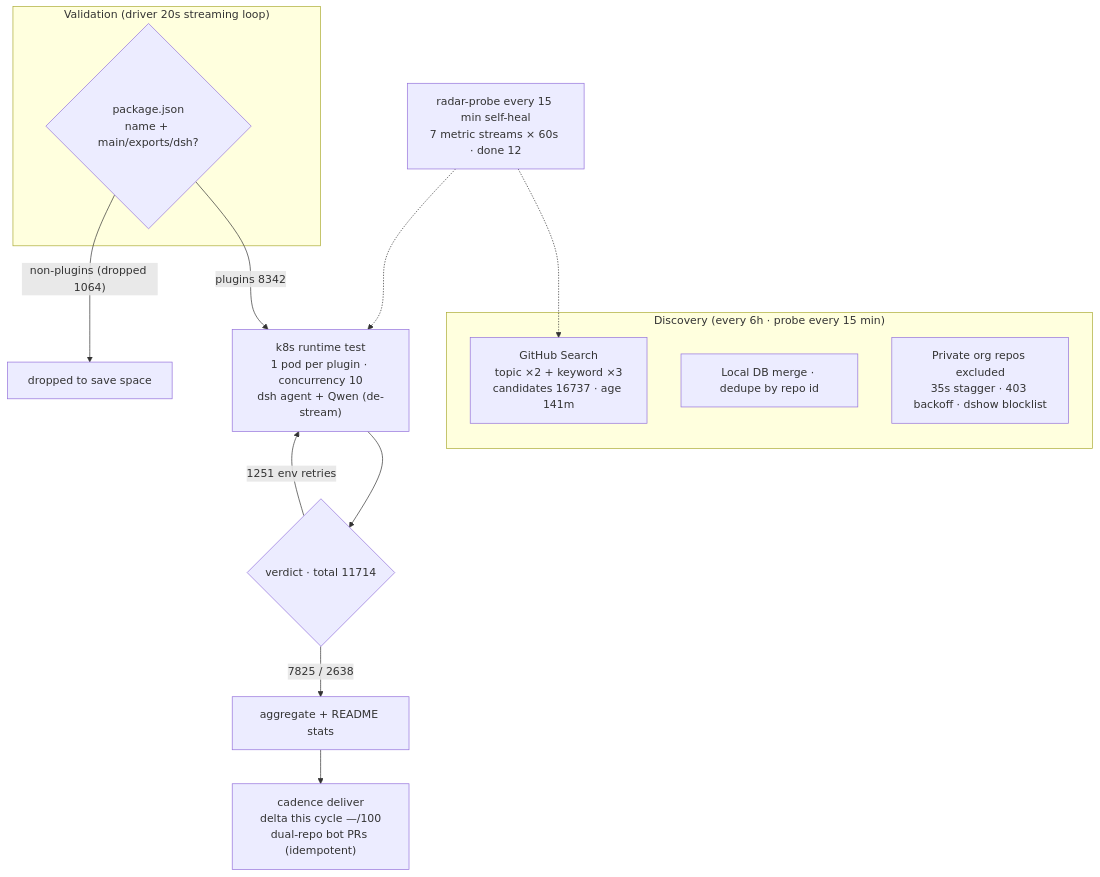
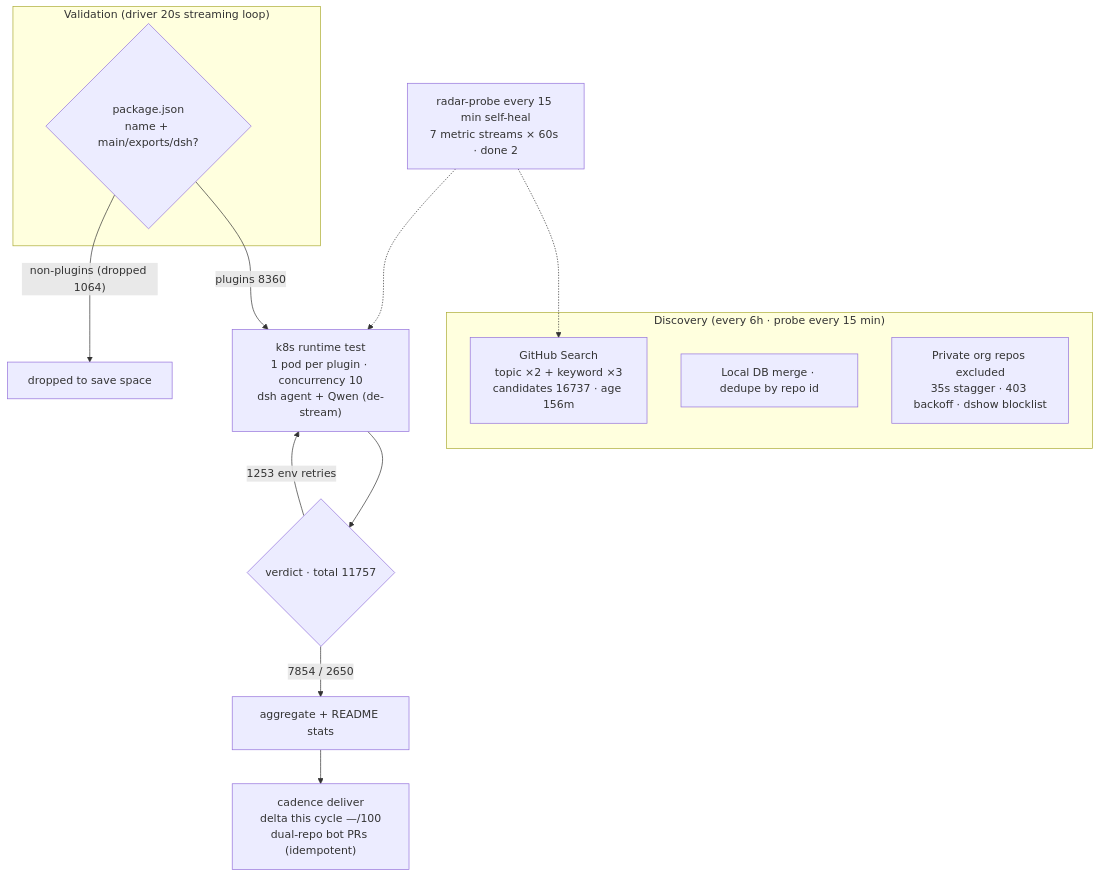
One commit to AdamPlatin123/awesome-dsh-plugins changed the diagram in README.en-US.md. Above: the diagram before and after it, drawn with Mermaid. The commit also changed other lines of this file and 5 other files, not shown here.

````diff
--- a/README.en-US.md
+++ b/README.en-US.md
@@ -45,20 +45,20 @@
 ```mermaid
 flowchart TB
     subgraph Discovery["Discovery (every 6h · probe every 15 min)"]
-        A1["GitHub Search<br/>topic ×2 + keyword ×3<br/>candidates 16737 · age 141m"]
+        A1["GitHub Search<br/>topic ×2 + keyword ×3<br/>candidates 16737 · age 156m"]
         A2["Local DB merge · dedupe by repo id"]
         A3["Private org repos excluded<br/>35s stagger · 403 backoff · dshow blocklist"]
     end
     subgraph Validation["Validation (driver 20s streaming loop)"]
         B1{"package.json<br/>name + main/exports/dsh?"}
     end
-    B1 -->|"plugins 8342"| C1["k8s runtime test<br/>1 pod per plugin · concurrency 10<br/>dsh agent + Qwen (de-stream)"]
+    B1 -->|"plugins 8360"| C1["k8s runtime test<br/>1 pod per plugin · concurrency 10<br/>dsh agent + Qwen (de-stream)"]
     B1 -->|"non-plugins (dropped 1064)"| B3["dropped to save space"]
-    C1 --> D1{"verdict · total 11714"}
-    D1 -->|"7825 / 2638"| E1["aggregate + README stats"]
-    D1 -->|"1251 env retries"| C1
+    C1 --> D1{"verdict · total 11757"}
+    D1 -->|"7854 / 2650"| E1["aggregate + README stats"]
+    D1 -->|"1253 env retries"| C1
     E1 --> E2["cadence deliver<br/>delta this cycle —/100<br/>dual-repo bot PRs (idempotent)"]
-    M["radar-probe every 15 min self-heal<br/>7 metric streams × 60s · done 12"]
+    M["radar-probe every 15 min self-heal<br/>7 metric streams × 60s · done 2"]
     M -.-> A1
     M -.-> C1
 ```
````
